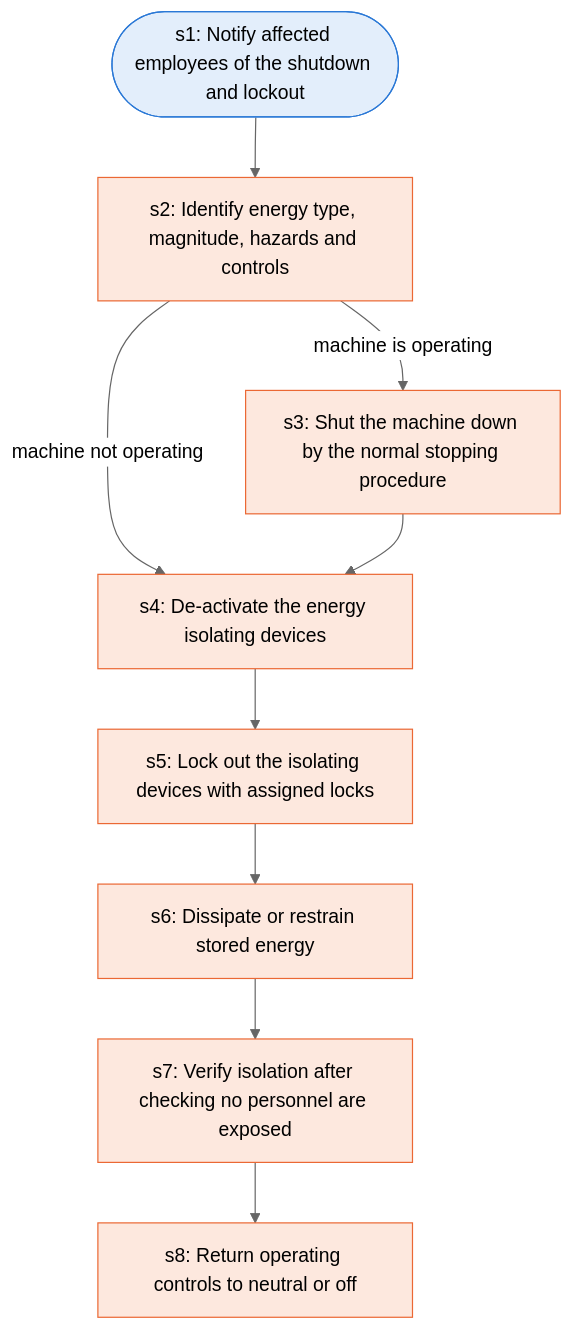
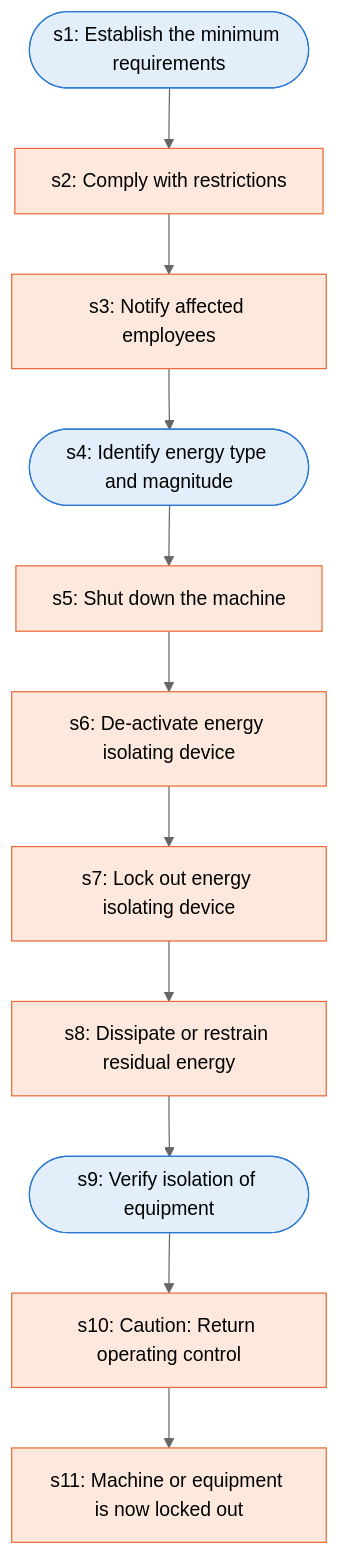
The diagram in docs/runbooks/osha_lockout.md (Jitesh-Mishra/sop-to-agent-workflows), drawn with Mermaid (neutral theme) before and after one commit. The commit also changed other lines of this file and 172 other files, not shown here.

````diff
--- a/docs/runbooks/osha_lockout.md
+++ b/docs/runbooks/osha_lockout.md
@@ -7,23 +7,28 @@
 ```mermaid
 flowchart TD
-  s1(["s1: Notify affected employees of the shutdown and lockout"])
-  s2["s2: Identify energy type, magnitude, hazards and controls"]
-  s3["s3: Shut the machine down by the normal stopping procedure"]
-  s4["s4: De-activate the energy isolating devices"]
-  s5["s5: Lock out the isolating devices with assigned locks"]
-  s6["s6: Dissipate or restrain stored energy"]
-  s7["s7: Verify isolation after checking no personnel are exposed"]
-  s8["s8: Return operating controls to neutral or off"]
+  s1(["s1: Establish the minimum requirements"])
+  s2["s2: Comply with restrictions"]
+  s3["s3: Notify affected employees"]
+  s4(["s4: Identify energy type and magnitude"])
+  s5["s5: Shut down the machine"]
+  s6["s6: De-activate energy isolating device"]
+  s7["s7: Lock out energy isolating device"]
+  s8["s8: Dissipate or restrain residual energy"]
+  s9(["s9: Verify isolation of equipment"])
+  s10["s10: Caution: Return operating control"]
+  s11["s11: Machine or equipment is now locked out"]
   s1 --> s2
-  s2 -->|machine is operating| s3
-  s2 -->|machine not operating| s4
+  s2 --> s3
   s3 --> s4
   s4 --> s5
   s5 --> s6
   s6 --> s7
   s7 --> s8
+  s8 --> s9
+  s9 --> s10
+  s10 --> s11
   classDef agent fill:#e3eefb,stroke:#2a78d6
   classDef human fill:#fde8de,stroke:#eb6834
-  class s1 agent
-  class s2,s3,s4,s5,s6,s7,s8 human
+  class s1,s4,s9 agent
+  class s2,s3,s5,s6,s7,s8,s10,s11 human
 ```
````
